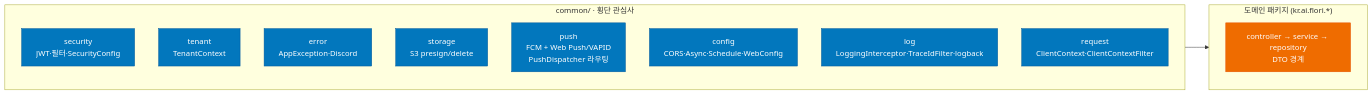
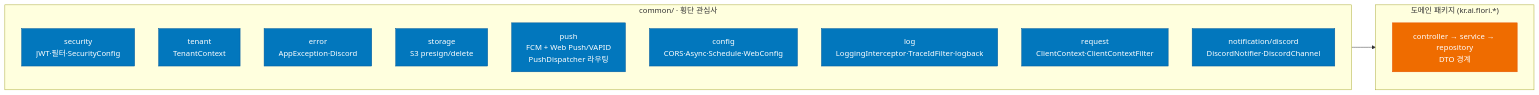
Before and after one commit to flori-ai-kr/api: the second of 10 diagrams in docs/ARCHITECTURE.md, drawn with Mermaid. The commit also changed other lines of this file and 38 other files, not shown here.

````diff
--- a/docs/ARCHITECTURE.md
+++ b/docs/ARCHITECTURE.md
@@ -70,26 +71,27 @@
 ```mermaid
 flowchart LR
     subgraph Cross["common/ · 횡단 관심사"]
         direction TB
         CSec[security<br/>JWT·필터·SecurityConfig]
         CTen[tenant<br/>TenantContext]
         CErr[error<br/>AppException·Discord]
         CSto[storage<br/>S3 presign/delete]
         CPush[push<br/>FCM + Web Push/VAPID<br/>PushDispatcher 라우팅]
         CCfg[config<br/>CORS·Async·Schedule·WebConfig]
         CLog[log<br/>LoggingInterceptor·TraceIdFilter·logback]
         CReq[request<br/>ClientContext·ClientContextFilter]
+        CNoti[notification/discord<br/>DiscordNotifier·DiscordChannel]
     end
 
     subgraph Domain["도메인 패키지 (kr.ai.flori.*)"]
         direction TB
         D[controller → service → repository<br/>DTO 경계]
     end
 
     Cross --> Domain
 
     classDef common fill:#0277bd,color:#fff,stroke:#01579b
     classDef dom fill:#ef6c00,color:#fff,stroke:#e65100
-    class CSec,CTen,CErr,CSto,CPush,CCfg,CLog,CReq common
+    class CSec,CTen,CErr,CSto,CPush,CCfg,CLog,CReq,CNoti common
     class D dom
 ```
````
